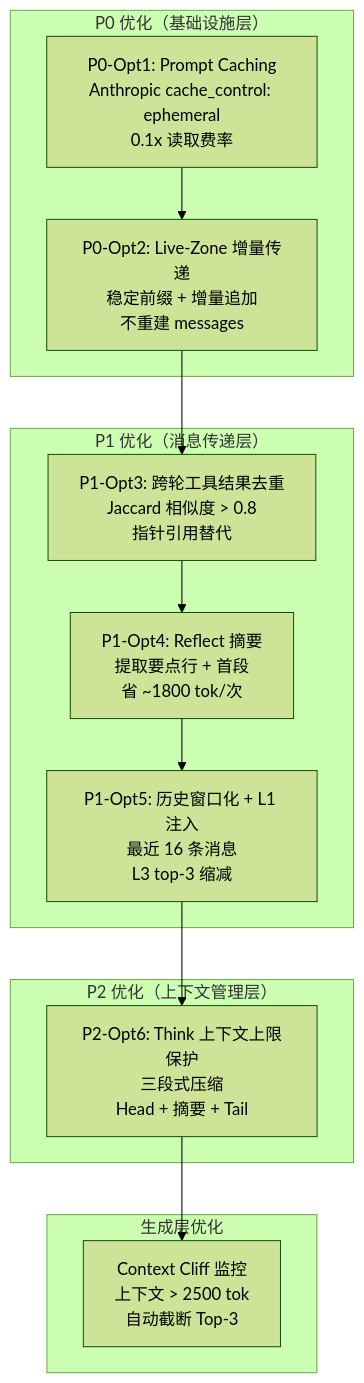
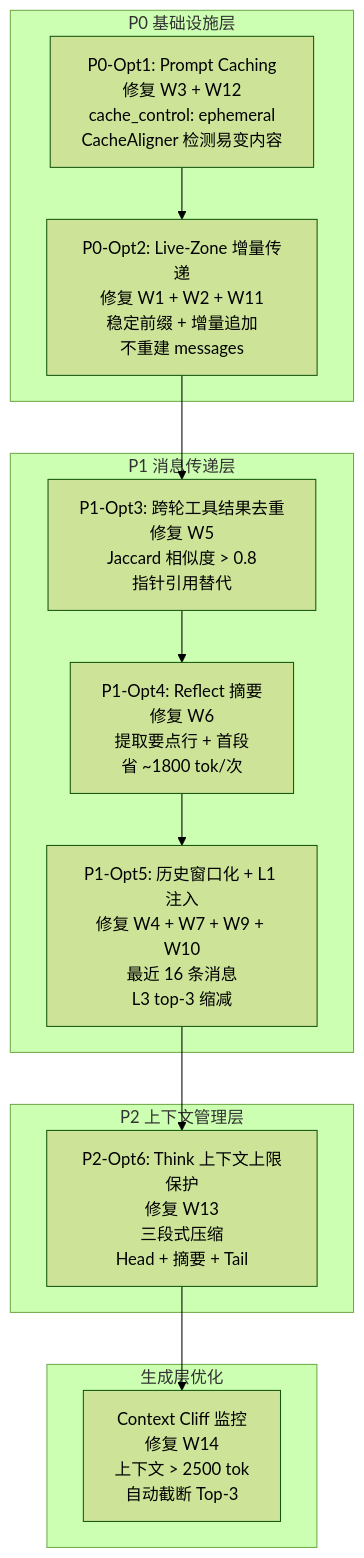
Before and after one commit to jamesfeng2009/KnowledgeBase: the sixth of 21 diagrams in README.md, drawn with Mermaid (forest theme). The commit also changed other lines of this file, not shown here.

````diff
--- a/README.md
+++ b/README.md
@@ -383,23 +406,23 @@
 ```mermaid
 graph TB
-    subgraph "P0 优化（基础设施层）"
-        P0A[P0-Opt1: Prompt Caching<br/>Anthropic cache_control: ephemeral<br/>0.1x 读取费率]
-        P0B[P0-Opt2: Live-Zone 增量传递<br/>稳定前缀 + 增量追加<br/>不重建 messages]
+    subgraph "P0 基础设施层"
+        P0A[P0-Opt1: Prompt Caching<br/>修复 W3 + W12<br/>cache_control: ephemeral<br/>CacheAligner 检测易变内容]
+        P0B[P0-Opt2: Live-Zone 增量传递<br/>修复 W1 + W2 + W11<br/>稳定前缀 + 增量追加<br/>不重建 messages]
     end
 
-    subgraph "P1 优化（消息传递层）"
-        P1A[P1-Opt3: 跨轮工具结果去重<br/>Jaccard 相似度 > 0.8<br/>指针引用替代]
-        P1B[P1-Opt4: Reflect 摘要<br/>提取要点行 + 首段<br/>省 ~1800 tok/次]
-        P1C[P1-Opt5: 历史窗口化 + L1 注入<br/>最近 16 条消息<br/>L3 top-3 缩减]
+    subgraph "P1 消息传递层"
+        P1A[P1-Opt3: 跨轮工具结果去重<br/>修复 W5<br/>Jaccard 相似度 > 0.8<br/>指针引用替代]
+        P1B[P1-Opt4: Reflect 摘要<br/>修复 W6<br/>提取要点行 + 首段<br/>省 ~1800 tok/次]
+        P1C[P1-Opt5: 历史窗口化 + L1 注入<br/>修复 W4 + W7 + W9 + W10<br/>最近 16 条消息<br/>L3 top-3 缩减]
     end
 
-    subgraph "P2 优化（上下文管理层）"
-        P2A[P2-Opt6: Think 上下文上限保护<br/>三段式压缩<br/>Head + 摘要 + Tail]
+    subgraph "P2 上下文管理层"
+        P2A[P2-Opt6: Think 上下文上限保护<br/>修复 W13<br/>三段式压缩<br/>Head + 摘要 + Tail]
     end
 
     subgraph "生成层优化"
-        GEN[Context Cliff 监控<br/>上下文 > 2500 tok<br/>自动截断 Top-3]
+        GEN[Context Cliff 监控<br/>修复 W14<br/>上下文 > 2500 tok<br/>自动截断 Top-3]
     end
 
     P0A --> P0B --> P1A --> P1B --> P1C --> P2A --> GEN
 ```
````
